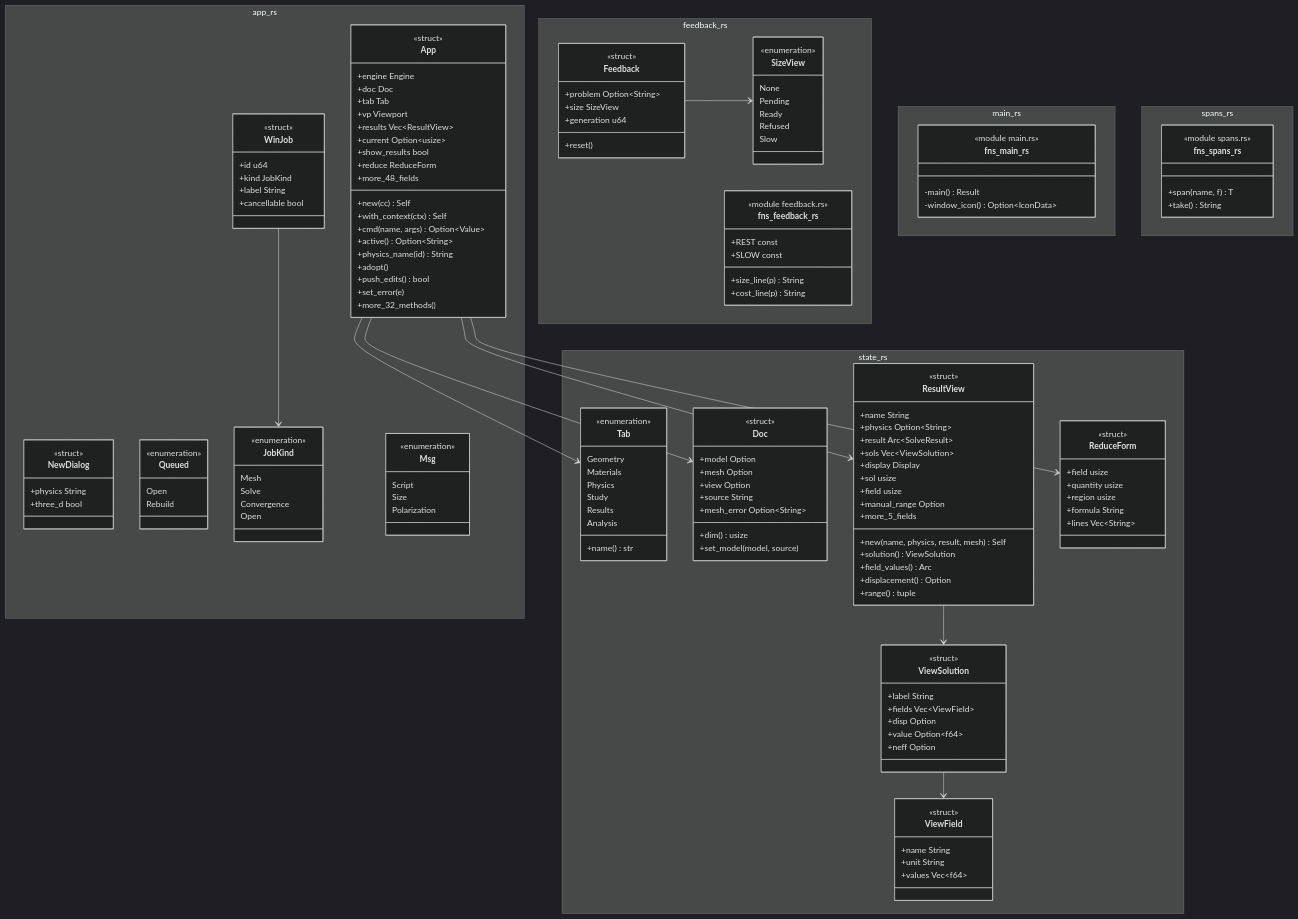
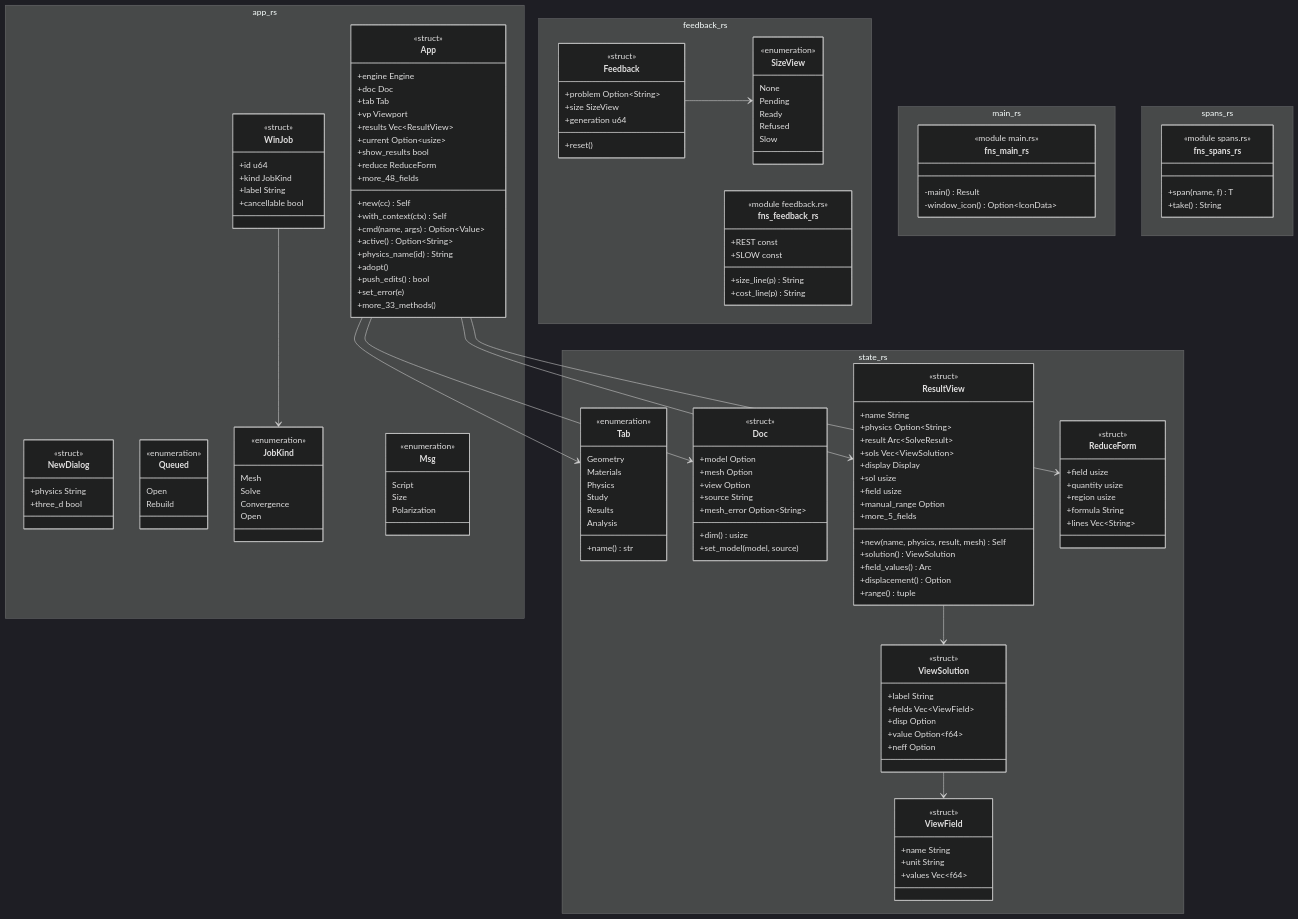
Before and after one commit to p-j-r/nyx: the diagram in docs/architecture/c4/4-code/app/window.md, drawn with Mermaid (dark theme). The commit also changed other lines of this file and 39 other files, not shown here.

```diff
--- a/docs/architecture/c4/4-code/app/window.md
+++ b/docs/architecture/c4/4-code/app/window.md
@@ -93,7 +94,7 @@
         +adopt()
         +push_edits() bool
         +set_error(e)
-        +more_32_methods()
+        +more_33_methods()
     }
   }
   namespace feedback_rs {
```
